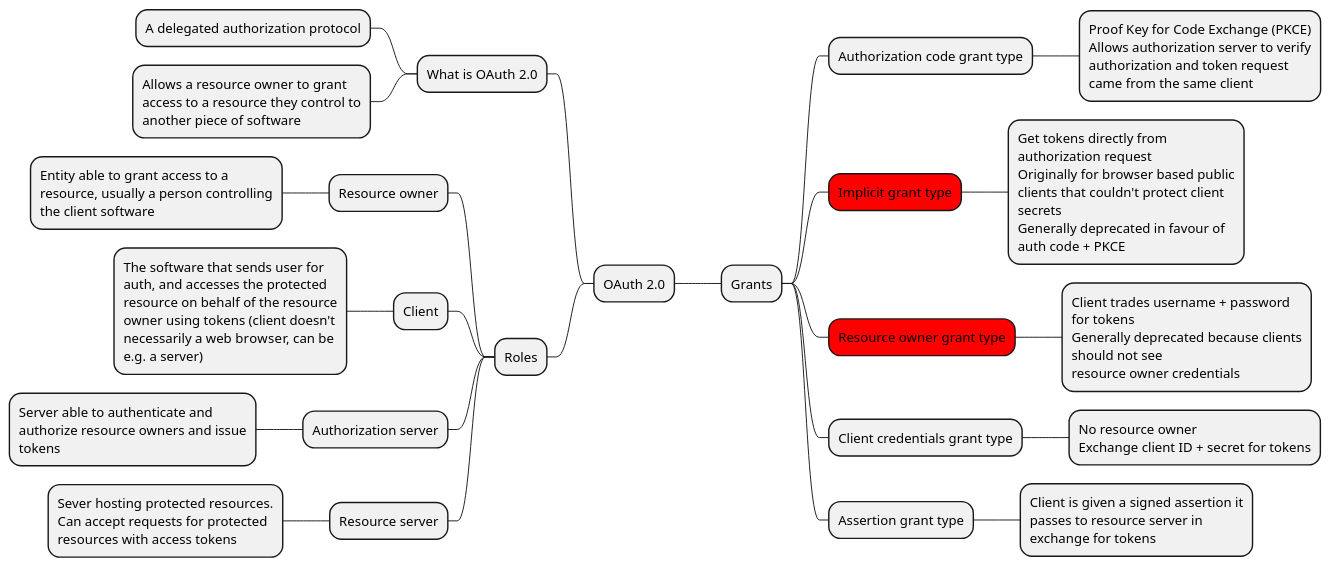
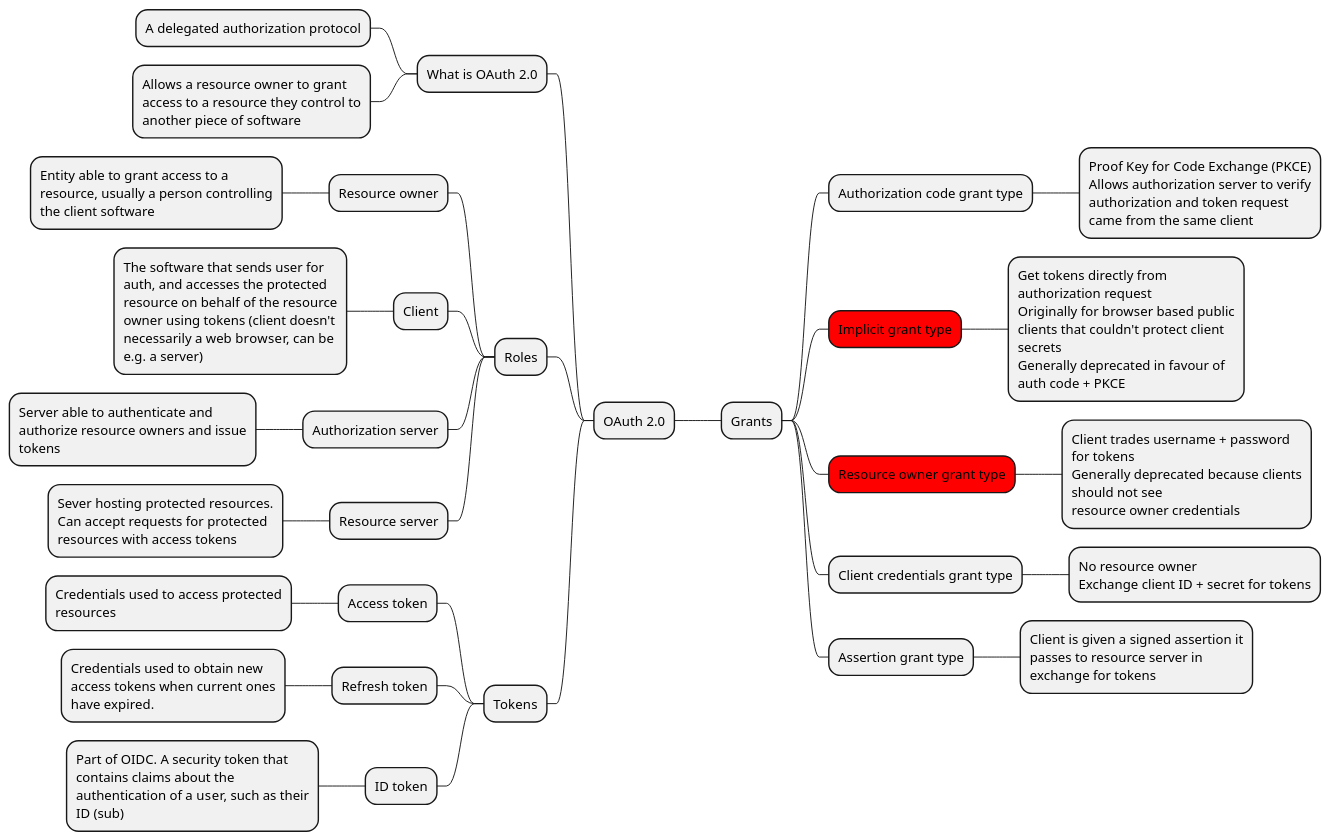
One commit to hwride/auth changed the diagram in oauth/oauth.puml. Above: the diagram before and after it, drawn with PlantUML.

Commit message:
Add notes on OAuth tokens

```diff
--- a/oauth/oauth.puml
+++ b/oauth/oauth.puml
@@ -1,42 +1,50 @@
 @startmindmap
 
 <style>
 node {
     MaximumWidth 250
 }
 </style>
 
 + OAuth 2.0
 ++ Grants
 *** Authorization code grant type
 ****:Proof Key for Code Exchange (PKCE)
 Allows authorization server to verify authorization and token request came from the same client;
 ***[#red] Implicit grant type
 ****:Get tokens directly from authorization request
 Originally for browser based public clients that couldn't protect client secrets
 Generally deprecated in favour of auth code + PKCE;
 ***[#red] Resource owner grant type
 ****:Client trades username + password for tokens
 Generally deprecated because clients should not see
 resource owner credentials;
 *** Client credentials grant type
 **** No resource owner\nExchange client ID + secret for tokens
 *** Assertion grant type
 **** Client is given a signed assertion it passes to resource server in exchange for tokens
 
 left side
 
 ** What is OAuth 2.0
 *** A delegated authorization protocol
 *** Allows a resource owner to grant access to a resource they control to another piece of software
 
 ** Roles
 *** Resource owner
 **** Entity able to grant access to a resource, usually a person controlling the client software
 *** Client
 **** The software that sends user for auth, and accesses the protected resource on behalf of the resource owner using tokens (client doesn't necessarily a web browser, can be e.g. a server)
 *** Authorization server
 **** Server able to authenticate and authorize resource owners and issue tokens
 *** Resource server
 **** Sever hosting protected resources. Can accept requests for protected resources with access tokens
+
+** Tokens
+*** Access token
+**** Credentials used to access protected resources
+*** Refresh token
+**** Credentials used to obtain new access tokens when current ones have expired.
+*** ID token
+**** Part of OIDC. A security token that contains claims about the authentication of a user, such as their ID (sub)
 @endmindmap
```
